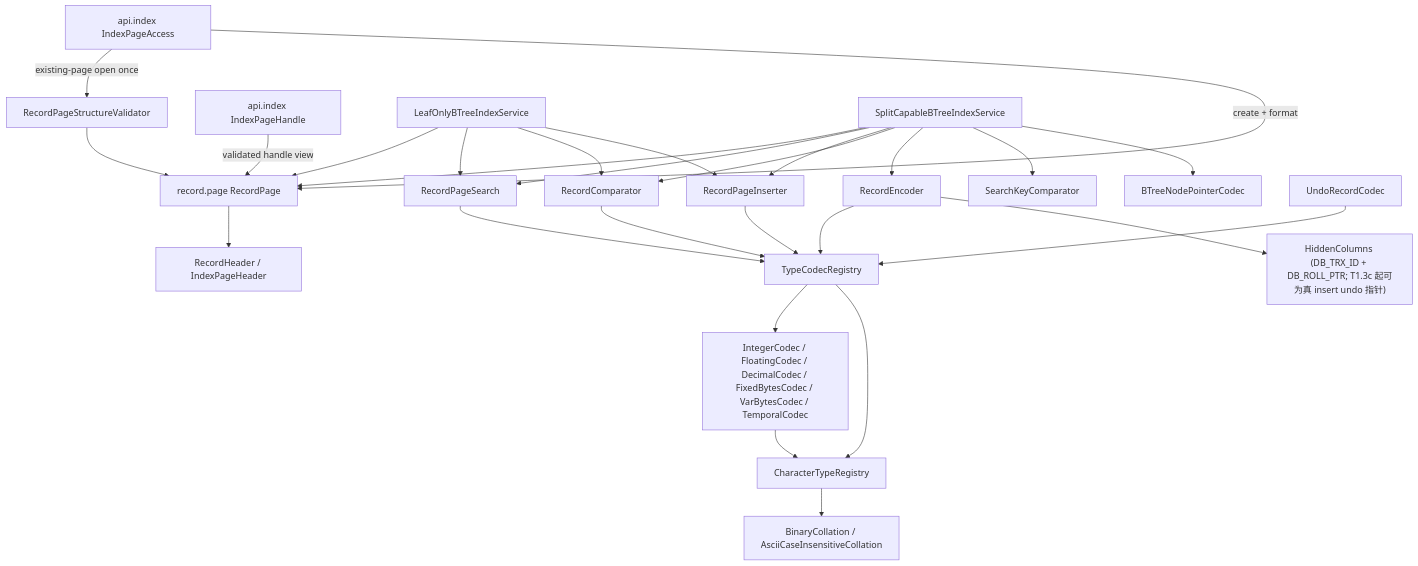
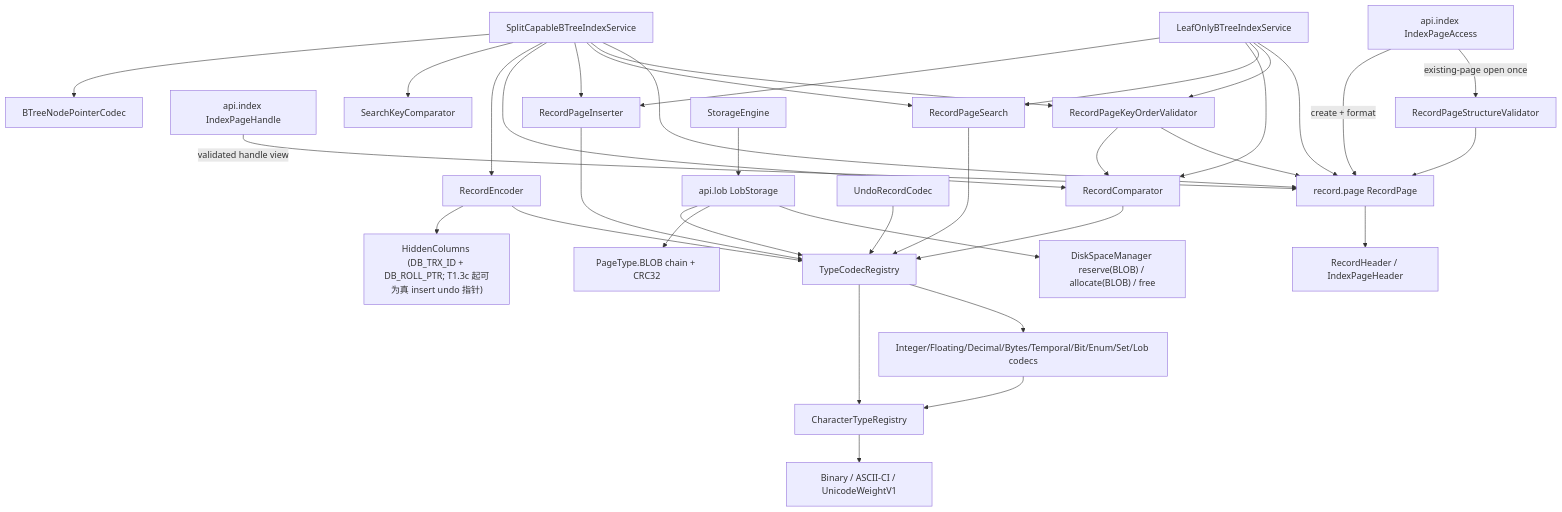
One commit to mywnlb/dbtest changed the third of 9 diagrams in docs/design/current-implementation-map.md. Above: the diagram before and after it, drawn with Mermaid. The commit also changed other lines of this file and 66 other files, not shown here.

````diff
--- a/docs/design/current-implementation-map.md
+++ b/docs/design/current-implementation-map.md
@@ -145,29 +145,37 @@
 ```mermaid
 flowchart TD
   ApiIndex["api.index IndexPageAccess"] -->|existing-page open once| Validator["RecordPageStructureValidator"]
   Validator --> RPage["record.page RecordPage"]
   ApiIndex -->|create + format| RPage
   Handle["api.index IndexPageHandle"] -->|validated handle view| RPage
   BTreeLeaf["LeafOnlyBTreeIndexService"] --> RPage
   BTreeSplit["SplitCapableBTreeIndexService"] --> RPage
+  BTreeLeaf --> KeyOrderValidator["RecordPageKeyOrderValidator"]
+  BTreeSplit --> KeyOrderValidator
+  KeyOrderValidator --> RPage
+  KeyOrderValidator --> RComparator["RecordComparator"]
   BTreeLeaf --> RSearch["RecordPageSearch"]
-  BTreeLeaf --> RComparator["RecordComparator"]
+  BTreeLeaf --> RComparator
   BTreeLeaf --> RInserter["RecordPageInserter"]
   BTreeSplit --> RSearch
   BTreeSplit --> RInserter
   BTreeSplit --> RComparator
   BTreeSplit --> REncoder["RecordEncoder"]
   BTreeSplit --> KeyCmp["SearchKeyComparator"]
   BTreeSplit --> PtrCodec["BTreeNodePointerCodec"]
   UndoCodec["UndoRecordCodec"] --> Registry["TypeCodecRegistry"]
   RSearch --> Registry
   RComparator --> Registry
   RInserter --> Registry
   REncoder --> Registry
-  Registry --> Codecs["IntegerCodec / FloatingCodec / DecimalCodec / FixedBytesCodec / VarBytesCodec / TemporalCodec"]
+  Registry --> Codecs["Integer/Floating/Decimal/Bytes/Temporal/Bit/Enum/Set/Lob codecs"]
   Registry --> Characters["CharacterTypeRegistry"]
   Codecs --> Characters
-  Characters --> Collations["BinaryCollation / AsciiCaseInsensitiveCollation"]
+  Characters --> Collations["Binary / ASCII-CI / UnicodeWeightV1"]
+  Engine["StorageEngine"] --> LobStorage["api.lob LobStorage"]
+  LobStorage --> Disk["DiskSpaceManager reserve(BLOB) / allocate(BLOB) / free"]
+  LobStorage --> LobPages["PageType.BLOB chain + CRC32"]
+  LobStorage --> Registry
   RPage --> RHeader["RecordHeader / IndexPageHeader"]
   REncoder --> Hidden["HiddenColumns (DB_TRX_ID + DB_ROLL_PTR; T1.3c 起可为真 insert undo 指针)"]
 ```
````
